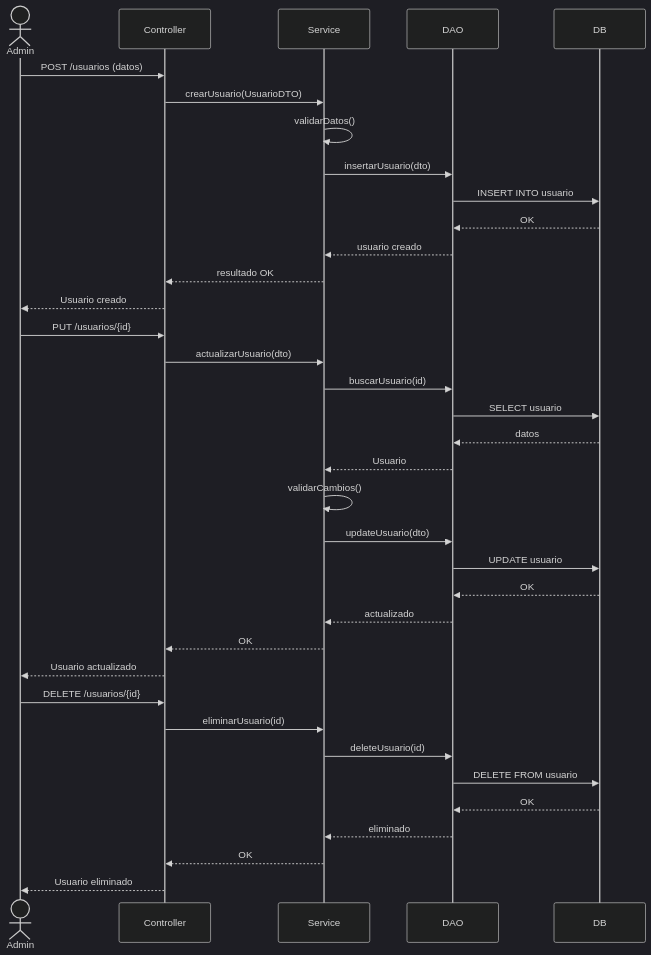
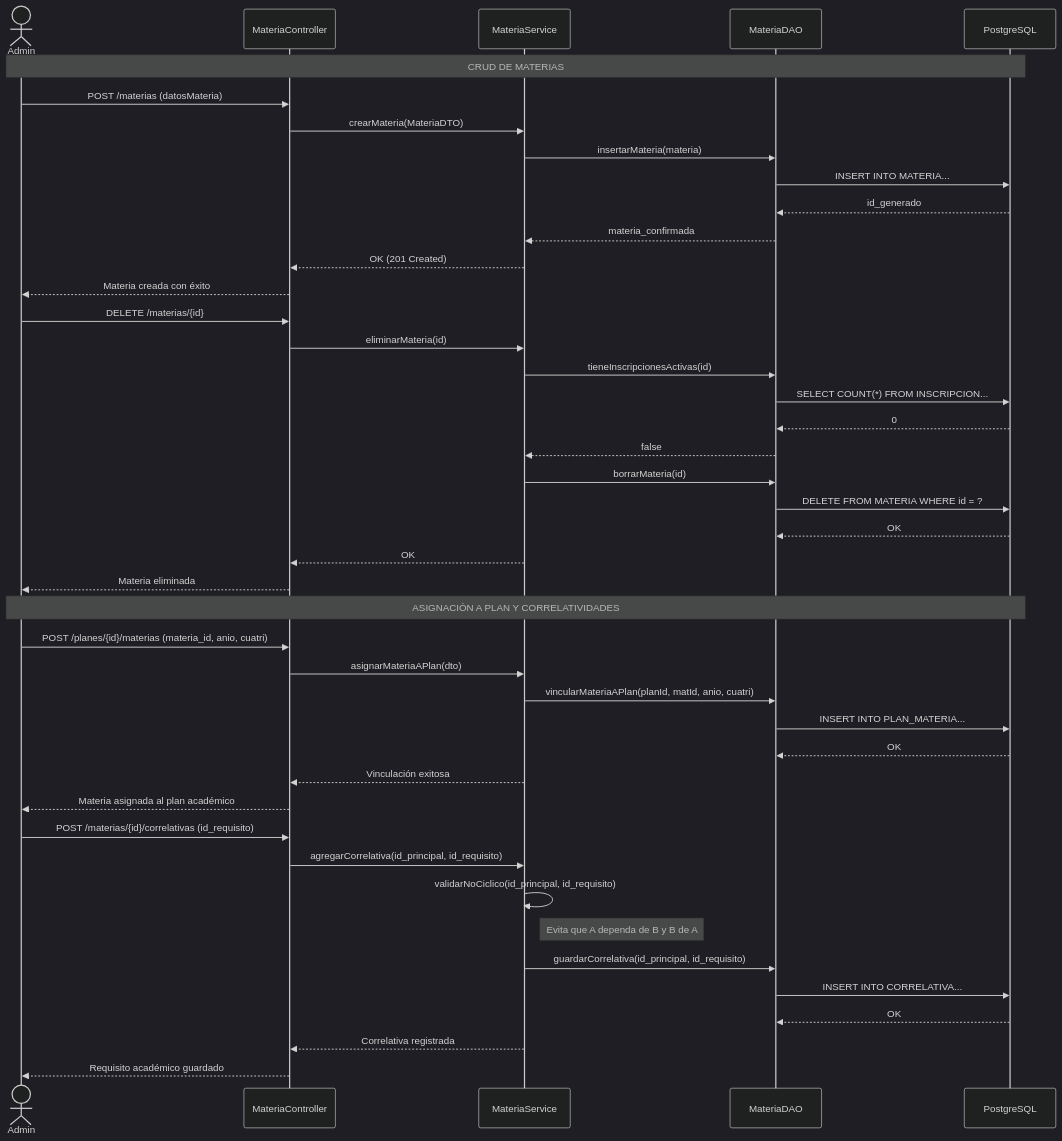
Before and after one commit to alejobonavia003/Proyecto-integrador-Ing-2026: the sixth of 6 diagrams in documentacion/diagramas/diagrama_clases.md, drawn with Mermaid (dark theme). The commit also changed other lines of this file and 43 other files, not shown here.

````diff
--- a/documentacion/diagramas/diagrama_clases.md
+++ b/documentacion/diagramas/diagrama_clases.md
@@ -1026,55 +1055,51 @@
-```mermaid 
+```mermaid
 sequenceDiagram
+    actor Admin
+    participant Controller as MateriaController
+    participant Service as MateriaService
+    participant DAO as MateriaDAO
+    participant DB as PostgreSQL
 
-actor Admin
-participant Controller
-participant Service
-participant DAO
-participant DB
+    Note over Admin, DB: CRUD DE MATERIAS
 
-%% ======================
-%% ALTA DE USUARIO
-%% ======================
-Admin->>Controller: POST /usuarios (datos)
-Controller->>Service: crearUsuario(UsuarioDTO)
-Service->>Service: validarDatos()
-Service->>DAO: insertarUsuario(dto)
-DAO->>DB: INSERT INTO usuario
-DB-->>DAO: OK
-DAO-->>Service: usuario creado
-Service-->>Controller: resultado OK
-Controller-->>Admin: Usuario creado
+    Admin->>Controller: POST /materias (datosMateria)
+    Controller->>Service: crearMateria(MateriaDTO)
+    Service->>DAO: insertarMateria(materia)
+    DAO->>DB: INSERT INTO MATERIA...
+    DB-->>DAO: id_generado
+    DAO-->>Service: materia_confirmada
+    Service-->>Controller: OK (201 Created)
+    Controller-->>Admin: Materia creada con éxito
 
-%% ======================
-%% MODIFICACIÓN
-%% ======================
-Admin->>Controller: PUT /usuarios/{id}
-Controller->>Service: actualizarUsuario(dto)
-Service->>DAO: buscarUsuario(id)
-DAO->>DB: SELECT usuario
-DB-->>DAO: datos
-DAO-->>Service: Usuario
+    Admin->>Controller: DELETE /materias/{id}
+    Controller->>Service: eliminarMateria(id)
+    Service->>DAO: tieneInscripcionesActivas(id)
+    DAO->>DB: SELECT COUNT(*) FROM INSCRIPCION...
+    DB-->>DAO: 0
+    DAO-->>Service: false
+    Service->>DAO: borrarMateria(id)
+    DAO->>DB: DELETE FROM MATERIA WHERE id = ?
+    DB-->>DAO: OK
+    Service-->>Controller: OK
+    Controller-->>Admin: Materia eliminada
 
-Service->>Service: validarCambios()
+    Note over Admin, DB: ASIGNACIÓN A PLAN Y CORRELATIVIDADES
 
-Service->>DAO: updateUsuario(dto)
-DAO->>DB: UPDATE usuario
-DB-->>DAO: OK
-DAO-->>Service: actualizado
-Service-->>Controller: OK
-Controller-->>Admin: Usuario actualizado
+    Admin->>Controller: POST /planes/{id}/materias (materia_id, anio, cuatri)
+    Controller->>Service: asignarMateriaAPlan(dto)
+    Service->>DAO: vincularMateriaAPlan(planId, matId, anio, cuatri)
+    DAO->>DB: INSERT INTO PLAN_MATERIA...
+    DB-->>DAO: OK
+    Service-->>Controller: Vinculación exitosa
+    Controller-->>Admin: Materia asignada al plan académico
 
-%% ======================
-%% BAJA
-%% ======================
-Admin->>Controller: DELETE /usuarios/{id}
-Controller->>Service: eliminarUsuario(id)
-
-Service->>DAO: deleteUsuario(id)
-DAO->>DB: DELETE FROM usuario
-DB-->>DAO: OK
-
-DAO-->>Service: eliminado
-Service-->>Controller: OK
-Controller-->>Admin: Usuario eliminado
+    Admin->>Controller: POST /materias/{id}/correlativas (id_requisito)
+    Controller->>Service: agregarCorrelativa(id_principal, id_requisito)
+    Service->>Service: validarNoCiclico(id_principal, id_requisito)
+    Note right of Service: Evita que A dependa de B y B de A
+    Service->>DAO: guardarCorrelativa(id_principal, id_requisito)
+    DAO->>DB: INSERT INTO CORRELATIVA...
+    DB-->>DAO: OK
+    Service-->>Controller: Correlativa registrada
+    Controller-->>Admin: Requisito académico guardado
 ```
````
